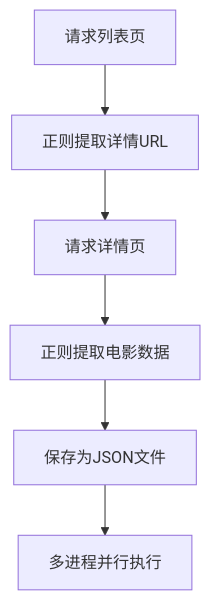
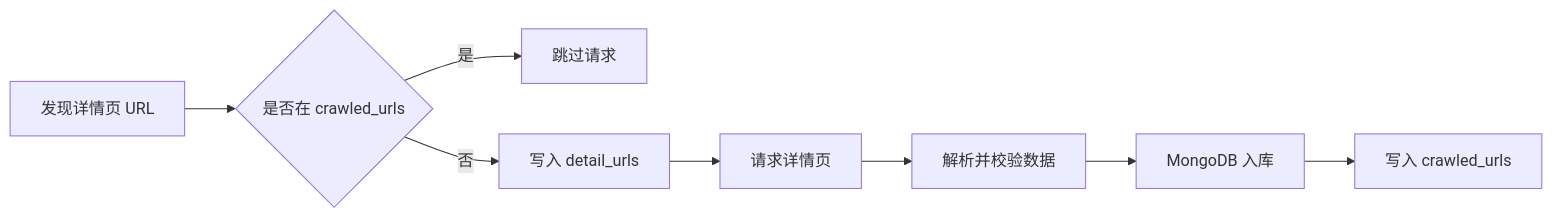
One commit to sang-34/ssr1-movie-spider changed the second of 2 diagrams in README.md. Above: the diagram before and after it, drawn with Mermaid. The commit also changed other lines of this file, not shown here.

````diff
--- a/README.md
+++ b/README.md
@@ -61,8 +138,10 @@
 ```mermaid
-flowchart TD
-    A[请求列表页] --> B[正则提取详情URL]
-    B --> C[请求详情页]
-    C --> D[正则提取电影数据]
-    D --> E[保存为JSON文件]
-    E --> F[多进程并行执行]
+flowchart LR
+    A["发现详情页 URL"] --> B{"是否在 crawled_urls"}
+    B -- "是" --> C["跳过请求"]
+    B -- "否" --> D["写入 detail_urls"]
+    D --> E["请求详情页"]
+    E --> F["解析并校验数据"]
+    F --> G["MongoDB 入库"]
+    G --> H["写入 crawled_urls"]
 ```
````
